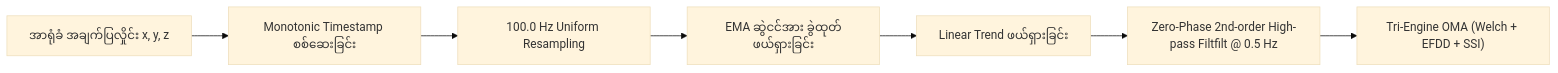
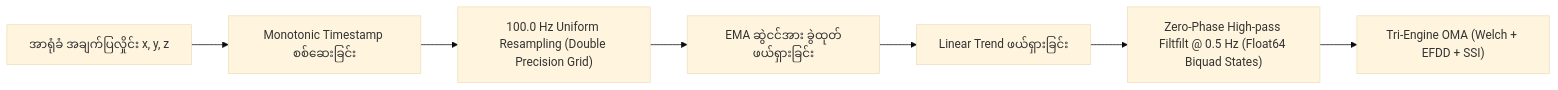
Before and after one commit to intellibits28/PhoneSHM: the diagram in docs/my/DSP_AND_MODAL_ANALYSIS_MY.md, drawn with Mermaid (base theme). The commit also changed other lines of this file and 5 other files, not shown here.

Commit message:
docs: realign DSP, architecture, and README with 64-bit IIR states, 2x2 EFDD, segment gating, and sensor threading

````diff
--- a/docs/my/DSP_AND_MODAL_ANALYSIS_MY.md
+++ b/docs/my/DSP_AND_MODAL_ANALYSIS_MY.md
@@ -19,9 +19,9 @@
 ```mermaid
 flowchart LR
-    Raw[အာရုံခံ အချက်ပြလှိုင်း x, y, z] --> Monotonic[Monotonic Timestamp စစ်ဆေးခြင်း]
-    Monotonic --> Resample[100.0 Hz Uniform Resampling]
+    Raw["အာရုံခံ အချက်ပြလှိုင်း x, y, z"] --> Monotonic[Monotonic Timestamp စစ်ဆေးခြင်း]
+    Monotonic --> Resample["100.0 Hz Uniform Resampling (Double Precision Grid)"]
     Resample --> EMA[EMA ဆွဲငင်အား ခွဲထုတ်ဖယ်ရှားခြင်း]
     EMA --> Detrend[Linear Trend ဖယ်ရှားခြင်း]
-    Detrend --> FiltFilt[Zero-Phase 2nd-order High-pass Filtfilt @ 0.5 Hz]
+    Detrend --> FiltFilt["Zero-Phase High-pass Filtfilt @ 0.5 Hz (Float64 Biquad States)"]
     FiltFilt --> TriEngine["Tri-Engine OMA (Welch + EFDD + SSI)"]
 ```
````
